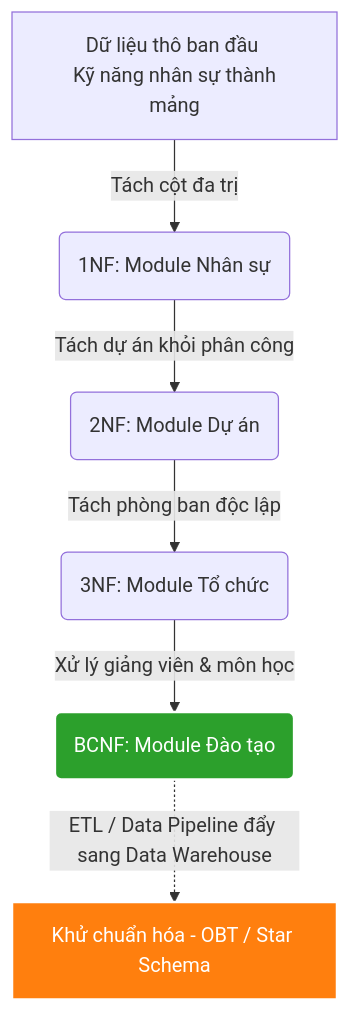
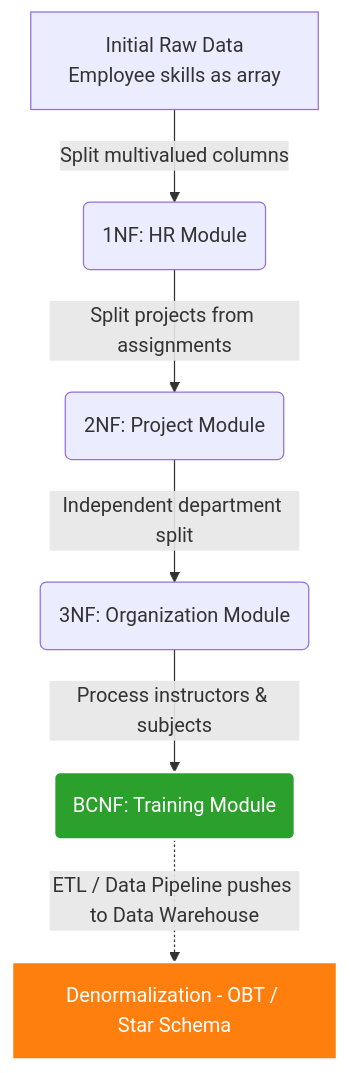
Before and after one commit to ga2631/ga2631.github.io: the diagram in src/data/blog/en/71-2026-09-22-database-design-05-comparison-of-1nf-through-bcnf.md, drawn with Mermaid. The commit also changed other lines of this file and 74 other files, not shown here.

````diff
--- a/src/data/blog/en/71-2026-09-22-database-design-05-comparison-of-1nf-through-bcnf.md
+++ b/src/data/blog/en/71-2026-09-22-database-design-05-comparison-of-1nf-through-bcnf.md
@@ -29,12 +29,12 @@
 ```mermaid
 flowchart TD
-    UNF[Dữ liệu thô ban đầu <br> Kỹ năng nhân sự thành mảng] -->|Tách cột đa trị| 1NF(1NF: Module Nhân sự)
-    1NF -->|Tách dự án khỏi phân công| 2NF(2NF: Module Dự án)
-    2NF -->|Tách phòng ban độc lập| 3NF(3NF: Module Tổ chức)
-    3NF -->|Xử lý giảng viên & môn học| BCNF(BCNF: Module Đào tạo)
+    UNF[Initial Raw Data <br> Employee skills as array] -->|Split multivalued columns| 1NF(1NF: HR Module)
+    1NF -->|Split projects from assignments| 2NF(2NF: Project Module)
+    2NF -->|Independent department split| 3NF(3NF: Organization Module)
+    3NF -->|Process instructors & subjects| BCNF(BCNF: Training Module)
 
-    BCNF -.->|ETL / Data Pipeline đẩy sang Data Warehouse| Denorm[Khử chuẩn hóa - OBT / Star Schema]
+    BCNF -.->|ETL / Data Pipeline pushes to Data Warehouse| Denorm[Denormalization - OBT / Star Schema]
 
     style BCNF fill:#2ca02c,stroke:#fff,stroke-width:2px,color:#fff
     style Denorm fill:#ff7f0e,stroke:#fff,stroke-width:2px,color:#fff
 ```
````
